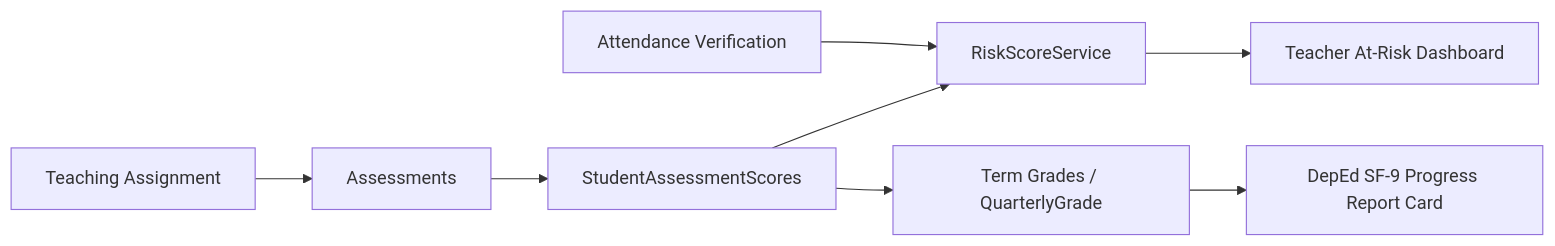
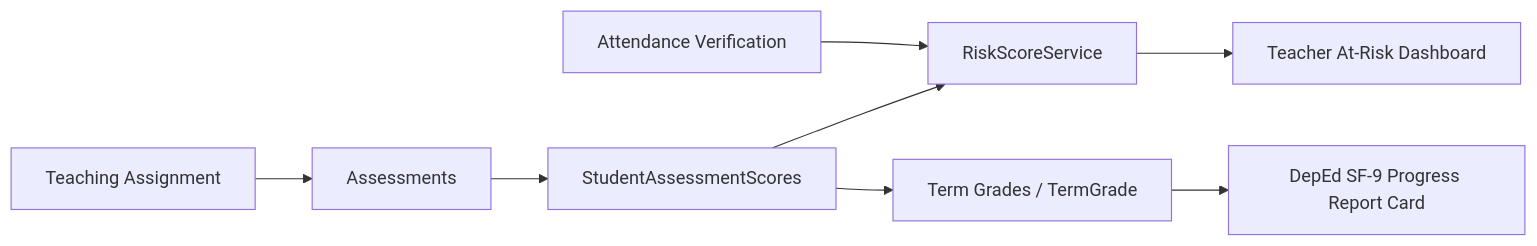
Before and after one commit to arrnstrd/CIS_CAPSTONE: the second of 2 diagrams in documentation/04_business_logic/GRADING_AND_ASSESSMENT.md, drawn with Mermaid. The commit also changed other lines of this file and 100 other files, not shown here.

````diff
--- a/documentation/04_business_logic/GRADING_AND_ASSESSMENT.md
+++ b/documentation/04_business_logic/GRADING_AND_ASSESSMENT.md
@@ -56,10 +56,10 @@
 ```mermaid
 flowchart LR
     A[Teaching Assignment] --> B[Assessments]
     B --> C[StudentAssessmentScores]
     D[Attendance Verification] --> E[RiskScoreService]
     C --> E
-    C --> F[Term Grades / QuarterlyGrade]
+    C --> F[Term Grades / TermGrade]
     F --> G[DepEd SF-9 Progress Report Card]
     E --> H[Teacher At-Risk Dashboard]
 ```
````
